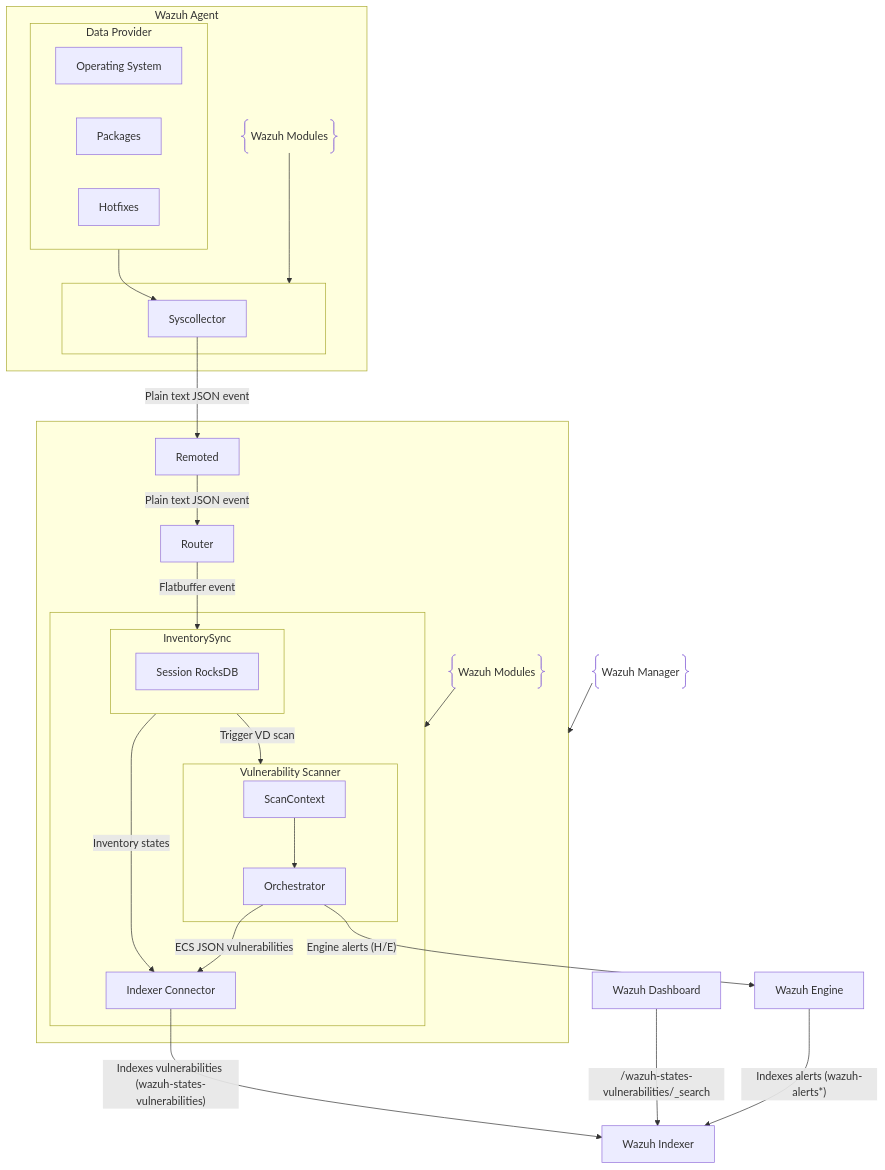
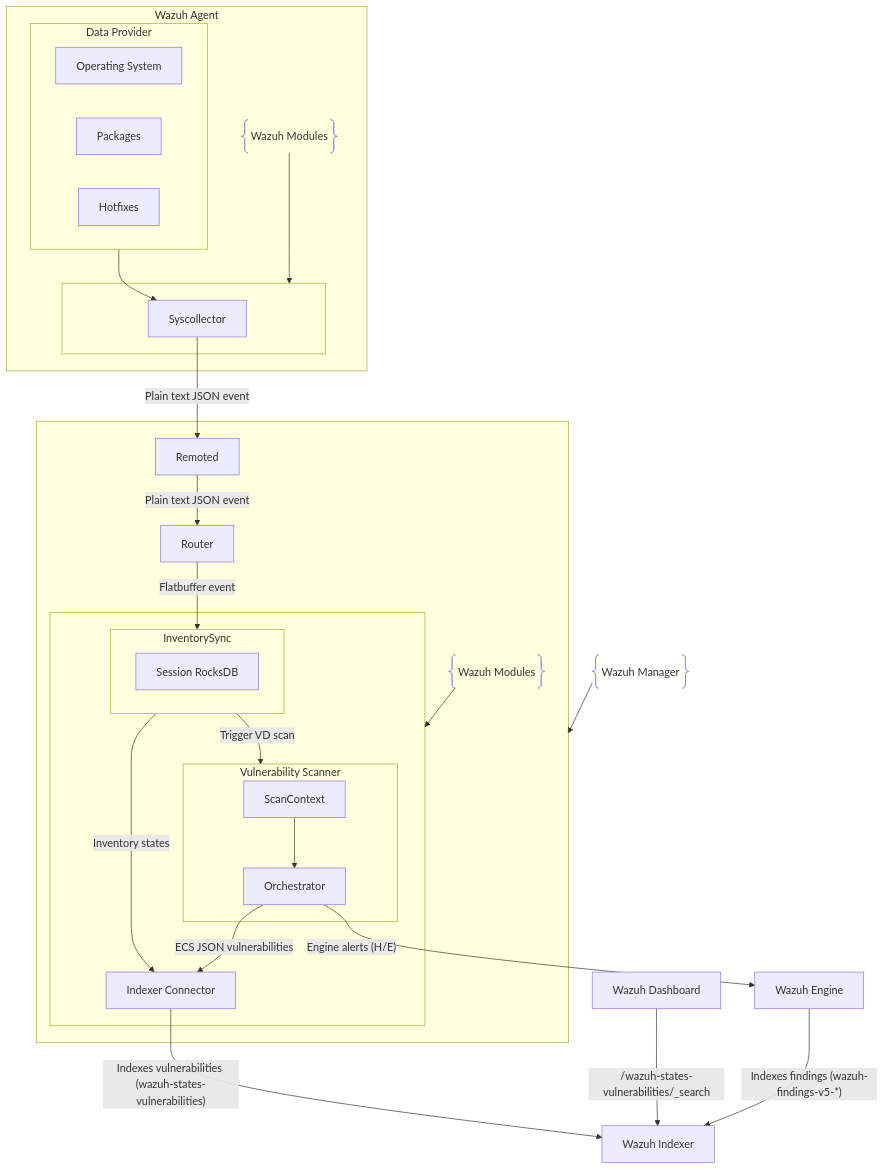
Before and after one commit to wazuh/wazuh: the second of 2 diagrams in docs/ref/modules/vulnerability-scanner/architecture.md, drawn with Mermaid. The commit also changed 7 other files, not shown here.

````diff
--- a/docs/ref/modules/vulnerability-scanner/architecture.md
+++ b/docs/ref/modules/vulnerability-scanner/architecture.md
@@ -120,45 +120,45 @@
 ```mermaid
 flowchart TD
 
 subgraph WazuhManager[" "]
   Remoted["Remoted"]
   subgraph WazuhModulesM[" "]
     subgraph InventorySync["InventorySync"]
       SessionDB["Session RocksDB"]
     end
     subgraph VulnerabilityScanner["Vulnerability Scanner"]
       ScanContext["ScanContext"]
       Orchestrator["Orchestrator"]
       ScanContext --> Orchestrator
     end
     IndexerConnector["Indexer Connector"]
     InventorySync -- "Inventory states" --> IndexerConnector
     Orchestrator -- "ECS JSON vulnerabilities" --> IndexerConnector
   end
   C@{ shape: braces, label: "Wazuh Modules" } --> WazuhModulesM
   Remoted -- "Plain text JSON event" --> Router
   Router -- "Flatbuffer event" --> InventorySync
   InventorySync -- "Trigger VD scan" --> VulnerabilityScanner
 end
 B@{ shape: braces, label: "Wazuh Manager" } --> WazuhManager
 IndexerConnector -- "Indexes vulnerabilities (wazuh-states-vulnerabilities)" --> WazuhIndexer
 Orchestrator -- "Engine alerts (H/E)" --> WazuhEngine
 subgraph WazuhAgent["Wazuh Agent"]
   subgraph Providers["Data Provider"]
     OS["Operating System"]
     Packages["Packages"]
     Hotfixes["Hotfixes"]
   end
   subgraph WazuhModulesA[" "]
     Syscollector["Syscollector"]
   end
   A@{ shape: braces, label: "Wazuh Modules" } --> WazuhModulesA
   Syscollector -- "Plain text JSON event" --> Remoted
 end
 Providers --> Syscollector
 WazuhIndexer["Wazuh Indexer"]
 WazuhEngine["Wazuh Engine"]
-WazuhEngine -- "Indexes alerts (wazuh-alerts*)" --> WazuhIndexer
+WazuhEngine -- "Indexes findings (wazuh-findings-v5-*)" --> WazuhIndexer
 WazuhDashboard["Wazuh Dashboard"]
 WazuhDashboard -- /wazuh-states-vulnerabilities/_search --> WazuhIndexer
 ```
````
